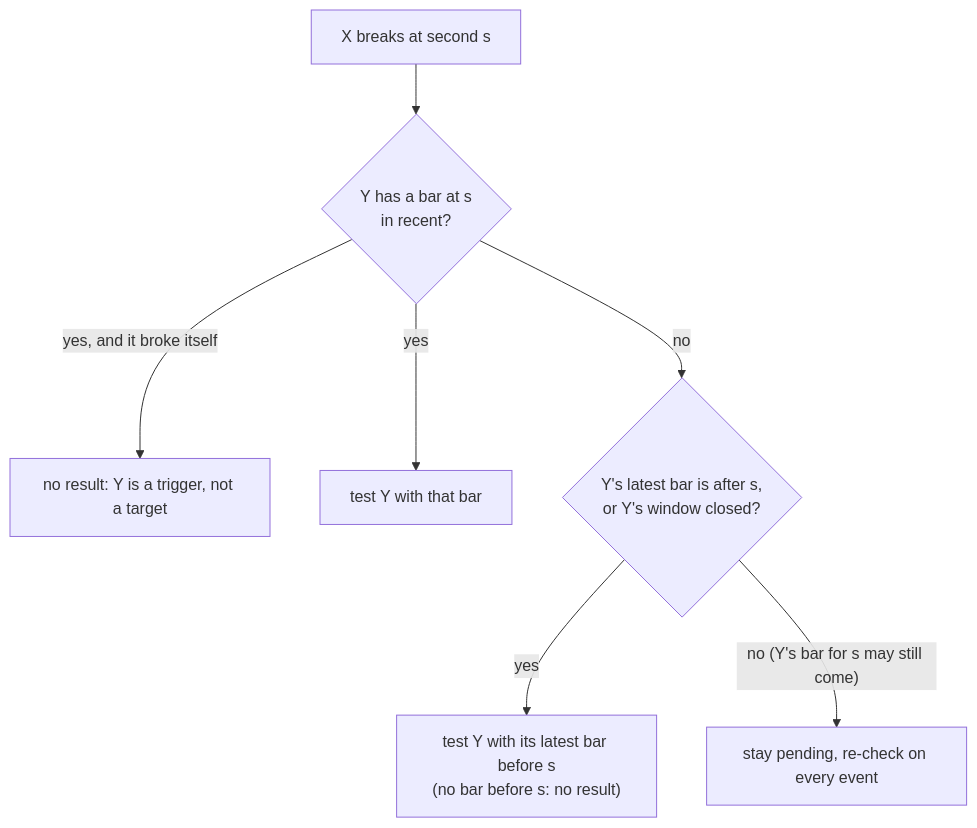
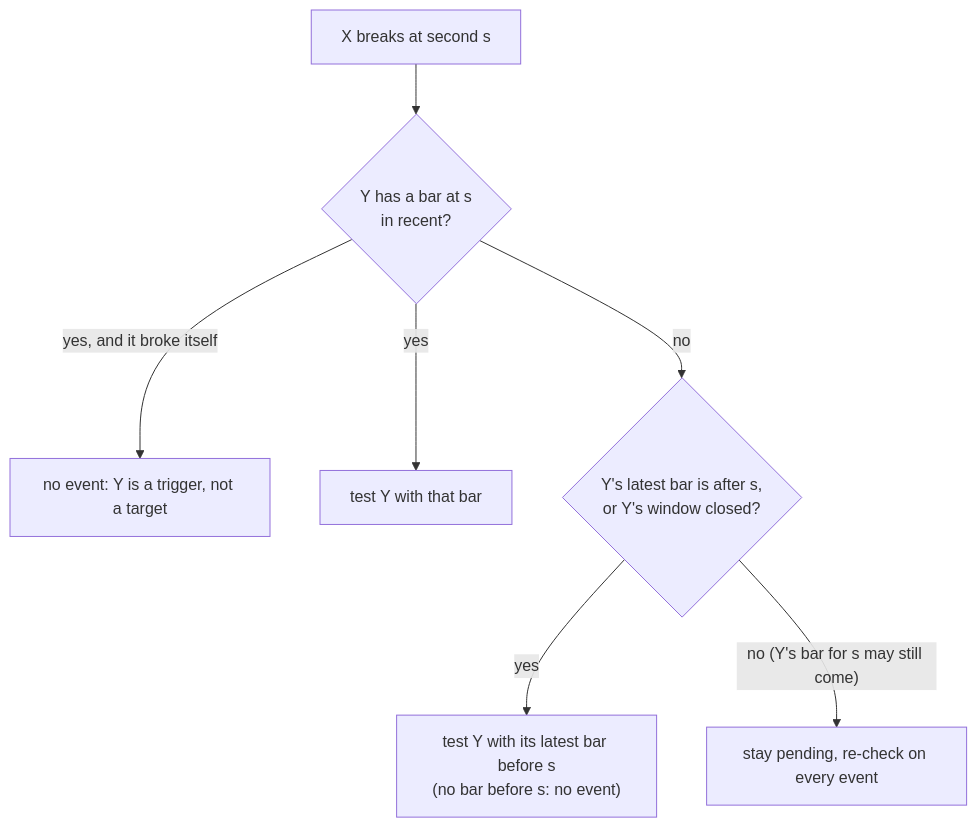
The diagram in documents/architecture/06_sequence_range_sweep_design.md (parvanescu/ict-backtest-engine), drawn with Mermaid before and after one commit. The commit also changed other lines of this file and 22 other files, not shown here.

First line of the commit message:
Report Sequence range sweep as neutral events, drop bullish/bearish verdicts

````diff
--- a/documents/architecture/06_sequence_range_sweep_design.md
+++ b/documents/architecture/06_sequence_range_sweep_design.md
@@ -62,9 +62,9 @@
 ```mermaid
 flowchart TD
     T["X breaks at second s"] --> Y{"Y has a bar at s<br/>in recent?"}
-    Y -- "yes, and it broke itself" --> X["no result: Y is a trigger, not a target"]
+    Y -- "yes, and it broke itself" --> X["no event: Y is a trigger, not a target"]
     Y -- "yes" --> E["test Y with that bar"]
     Y -- no --> L{"Y's latest bar is after s,<br/>or Y's window closed?"}
-    L -- yes --> K["test Y with its latest bar before s<br/>(no bar before s: no result)"]
+    L -- yes --> K["test Y with its latest bar before s<br/>(no bar before s: no event)"]
     L -- "no (Y's bar for s may still come)" --> P["stay pending, re-check on every event"]
 ```
````
